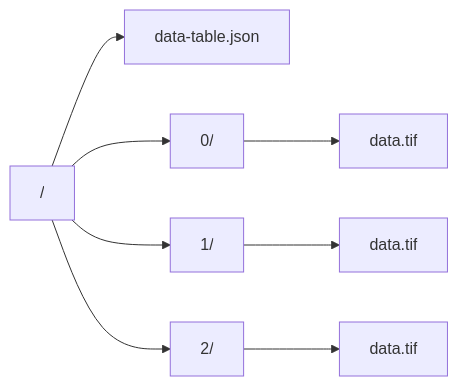
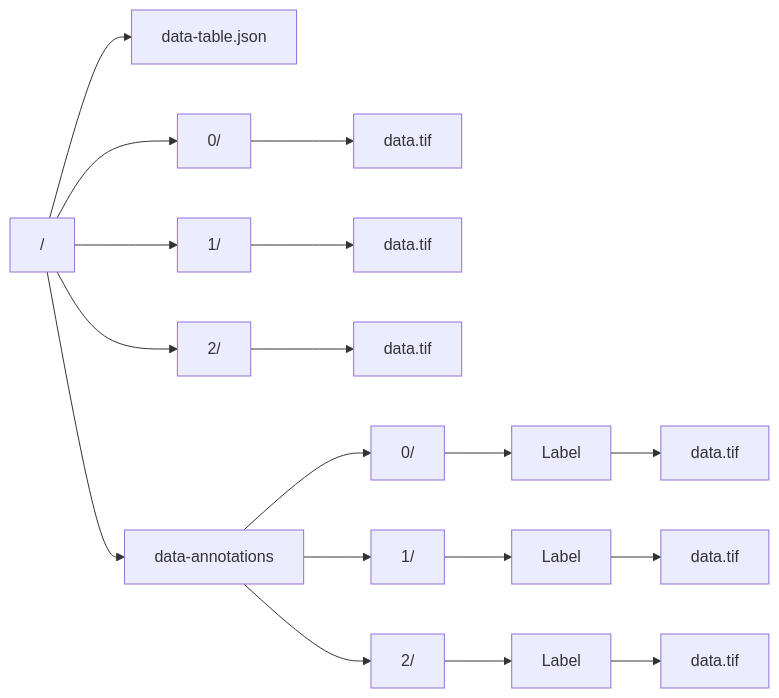
One commit to applied-systems-biology/jipipe-website changed the diagram in content/documentation-data-api/data-table.md. Above: the diagram before and after it, drawn with Mermaid. The commit also changed other lines of this file, not shown here.

Commit message:
* updated data table docs

```diff
--- a/content/documentation-data-api/data-table.md
+++ b/content/documentation-data-api/data-table.md
@@ -28,10 +28,20 @@
 {{<mermaid align="left">}}
 graph LR;
 Root["/"] --> DataTable["data-table.json"];
 Root --> R0["0/"];
 Root --> R1["1/"];
 Root --> R2["2/"];
 R0 --> R0Img["data.tif"];
 R1 --> R1Img["data.tif"];
 R2 --> R2Img["data.tif"];
+Root --> DataAnnotations["data-annotations"];
+DataAnnotations --> DR0["0/"];
+DataAnnotations --> DR1["1/"];
+DataAnnotations --> DR2["2/"];
+DR0 --> Label0["Label"];
+DR1 --> Label1["Label"];
+DR2 --> Label2["Label"];
+Label0 --> Label0Img["data.tif"];
+Label1 --> Label1Img["data.tif"];
+Label2 --> Label2Img["data.tif"];
 {{< /mermaid >}}
```
